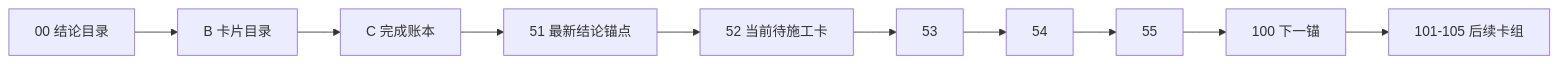
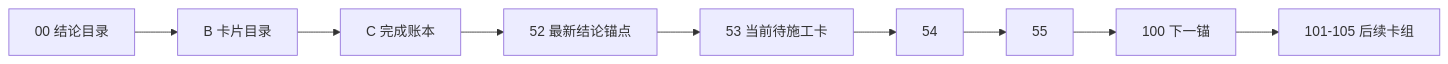
The diagram in docs/03-execution/A-execution-reading-order-20260409.md (everything-is-simple/lifespan-0.01), drawn with Mermaid before and after one commit. The commit also changed other lines of this file and 14 other files, not shown here.

````diff
--- a/docs/03-execution/A-execution-reading-order-20260409.md
+++ b/docs/03-execution/A-execution-reading-order-20260409.md
@@ -30,12 +29,11 @@
 ```mermaid
 flowchart LR
     CONC["00 结论目录"] --> BCAT["B 卡片目录"]
     BCAT --> CLED["C 完成账本"]
-    CLED --> ANC["51 最新结论锚点"]
-    ANC --> G52["52 当前待施工卡"]
-    G52 --> G53["53"]
+    CLED --> ANC["52 最新结论锚点"]
+    ANC --> G53["53 当前待施工卡"]
     G53 --> G54["54"]
     G54 --> G55["55"]
     G55 --> NEXT["100 下一锚"]
     NEXT --> POST["101-105 后续卡组"]
 ```
````
